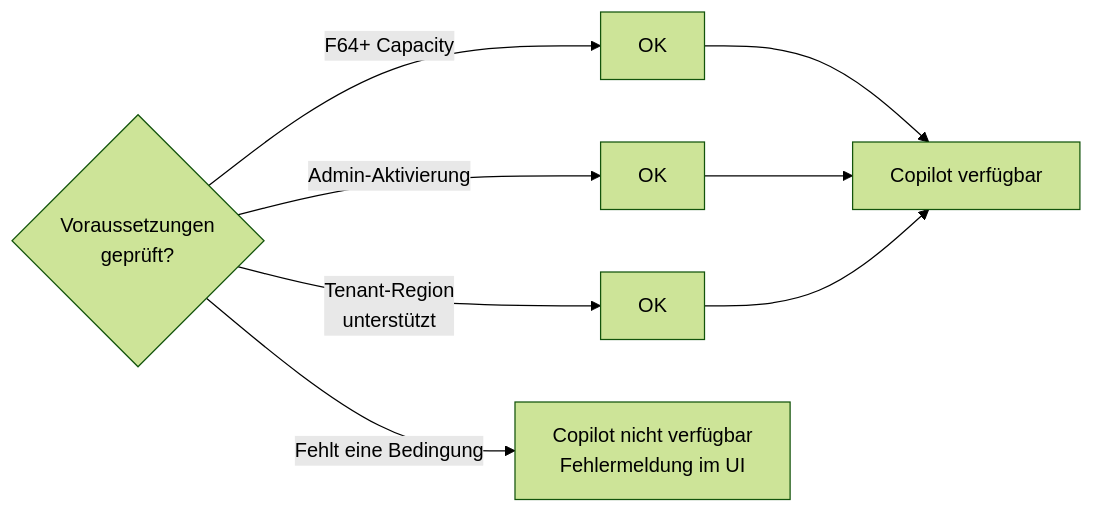
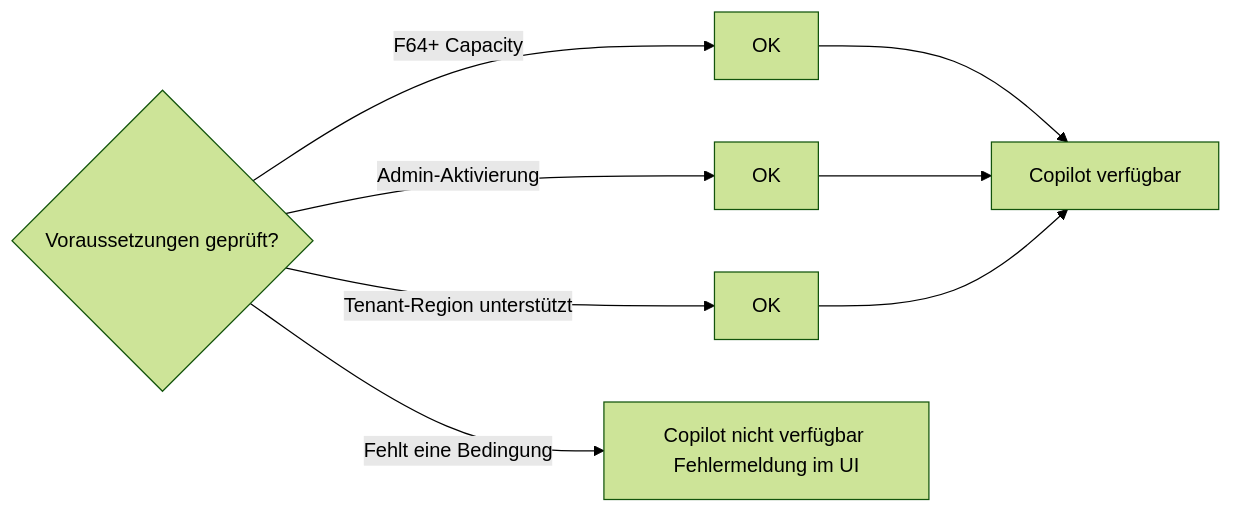
One commit to SoniiiT/notes-n-docs changed the second of 5 diagrams in Microsoft 365/Azure/Fabric/Fabric Copilot.md. Above: the diagram before and after it, drawn with Mermaid (forest theme). The commit also changed other lines of this file and 124 other files, not shown here.

First line of the commit message:
fix: Entferne \n aus allen Mermaid-Diagrammen (125 Dateien)

````diff
--- a/Microsoft 365/Azure/Fabric/Fabric Copilot.md
+++ b/Microsoft 365/Azure/Fabric/Fabric Copilot.md
@@ -62,10 +62,10 @@
 ```mermaid
 graph LR
-    A{Voraussetzungen\ngeprüft?} -->|F64+ Capacity| B[OK]
+    A{Voraussetzungen geprüft?} -->|F64+ Capacity| B[OK]
     A -->|Admin-Aktivierung| C[OK]
-    A -->|Tenant-Region\nunterstützt| D[OK]
+    A -->|Tenant-Region unterstützt| D[OK]
     B --> E[Copilot verfügbar]
     C --> E
     D --> E
-    A -->|Fehlt eine Bedingung| F[Copilot nicht verfügbar\nFehlermeldung im UI]
+    A -->|Fehlt eine Bedingung| F[Copilot nicht verfügbar Fehlermeldung im UI]
 ```
````
